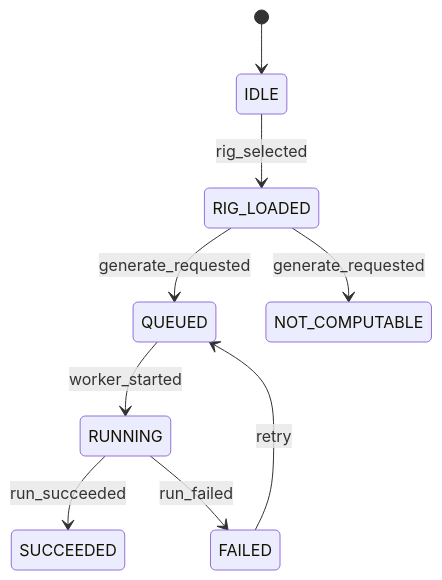
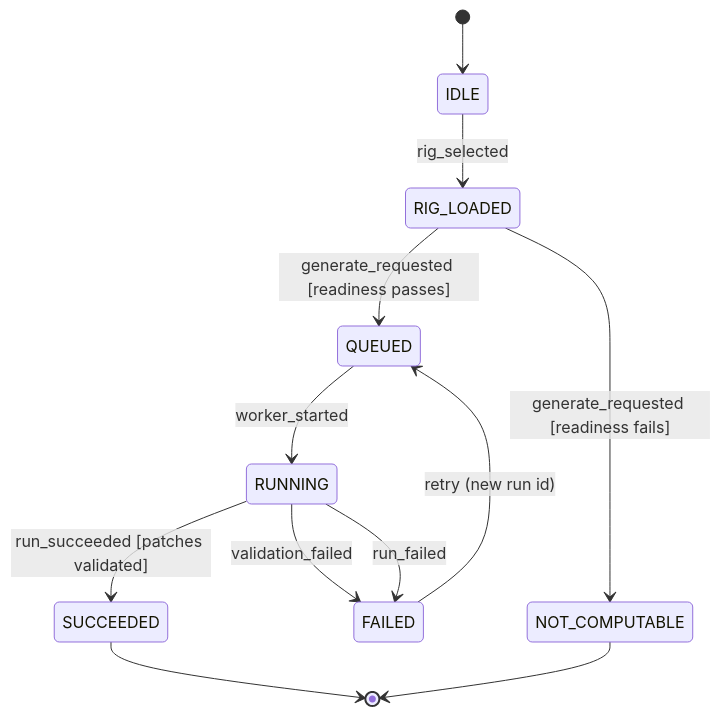
One commit to Zero-State-LLC/Patch-Hive changed the first of 2 diagrams in specs/001-rig-intelligence/spec.md. Above: the diagram before and after it, drawn with Mermaid. The commit also changed other lines of this file and 3 other files, not shown here.

````diff
--- a/specs/001-rig-intelligence/spec.md
+++ b/specs/001-rig-intelligence/spec.md
@@ -51,11 +285,14 @@
 ```mermaid
 stateDiagram-v2
     [*] --> IDLE
     IDLE --> RIG_LOADED: rig_selected
-    RIG_LOADED --> QUEUED: generate_requested
-    RIG_LOADED --> NOT_COMPUTABLE: generate_requested
+    RIG_LOADED --> QUEUED: generate_requested [readiness passes]
+    RIG_LOADED --> NOT_COMPUTABLE: generate_requested [readiness fails]
     QUEUED --> RUNNING: worker_started
-    RUNNING --> SUCCEEDED: run_succeeded
+    RUNNING --> SUCCEEDED: run_succeeded [patches validated]
+    RUNNING --> FAILED: validation_failed
     RUNNING --> FAILED: run_failed
-    FAILED --> QUEUED: retry
+    FAILED --> QUEUED: retry (new run id)
+    SUCCEEDED --> [*]
+    NOT_COMPUTABLE --> [*]
 ```
````
